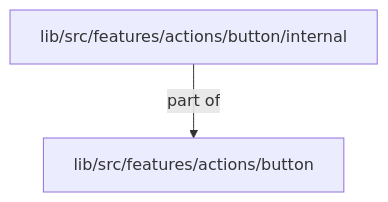
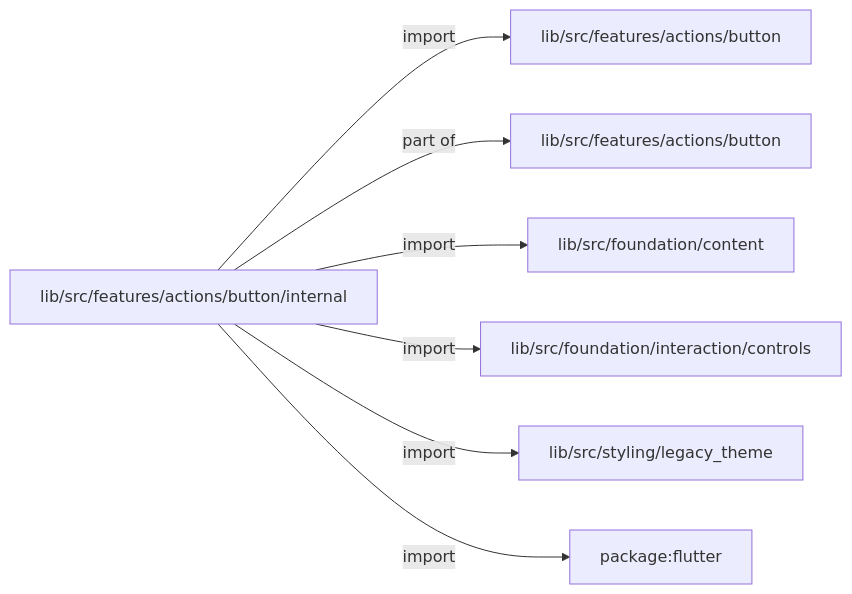
One commit to MiuDog/Kallopis changed the first of 2 diagrams in docs/architecture/src/features/actions/button/internal/README.md. Above: the diagram before and after it, drawn with Mermaid. The commit also changed other lines of this file and 9688 other files, not shown here.

Commit message:
Prepare isolated Flow F2 peer baseline

````diff
--- a/docs/architecture/src/features/actions/button/internal/README.md
+++ b/docs/architecture/src/features/actions/button/internal/README.md
@@ -13,6 +13,16 @@
 ```mermaid
-flowchart TD
+flowchart LR
 	n0["lib/src/features/actions/button/internal"]
 	n1["lib/src/features/actions/button"]
-	n0 -->|"part of"| n1
+	n2["lib/src/features/actions/button"]
+	n3["lib/src/foundation/content"]
+	n4["lib/src/foundation/interaction/controls"]
+	n5["lib/src/styling/legacy_theme"]
+	n6["package:flutter"]
+	n0 -->|"import"| n1
+	n0 -->|"part of"| n2
+	n0 -->|"import"| n3
+	n0 -->|"import"| n4
+	n0 -->|"import"| n5
+	n0 -->|"import"| n6
 ```
````
